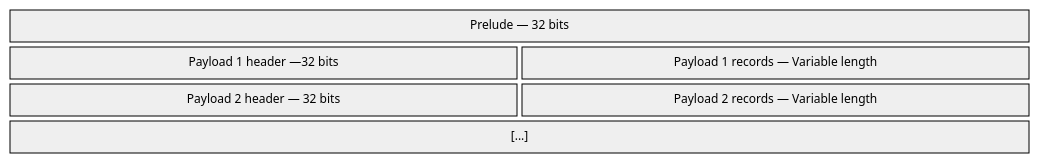
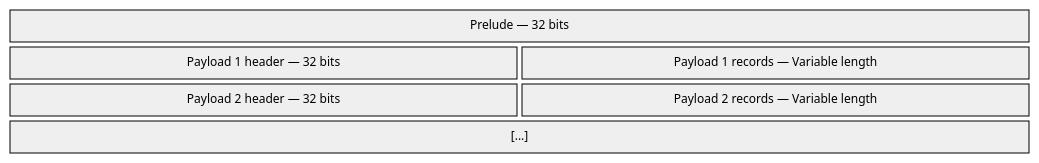
One commit to AerynOS/dotdev changed the diagram in src/content/docs/Developers/Stone/index.mdx. Above: the diagram before and after it, drawn with Mermaid. The commit also changed other lines of this file, not shown here.

````diff
--- a/src/content/docs/Developers/Stone/index.mdx
+++ b/src/content/docs/Developers/Stone/index.mdx
@@ -17,16 +24,16 @@
 ```mermaid
 %%{
   init: {
     'packet': {
        'showBits': false
     }
   }
 }%%
 packet
 +32: "Prelude — 32 bits"
-+16: "Payload 1 header —32 bits"
++16: "Payload 1 header — 32 bits"
 +16: "Payload 1 records — Variable length"
 +16: "Payload 2 header — 32 bits"
 +16: "Payload 2 records — Variable length"
 +32: "[...]"
 ```
````
